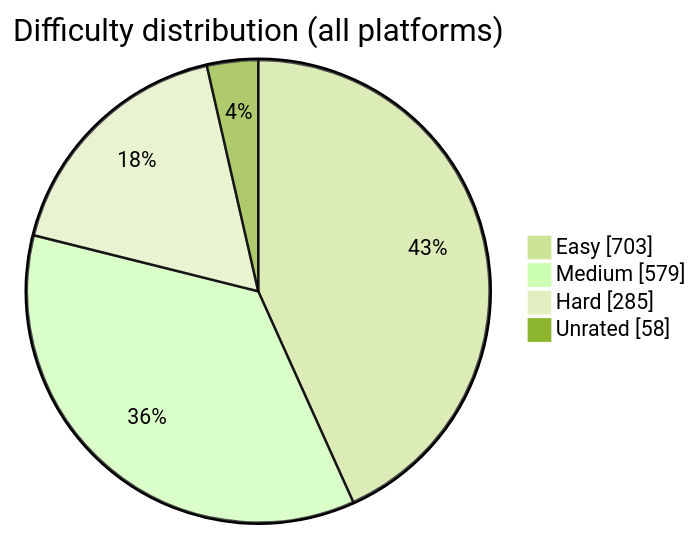
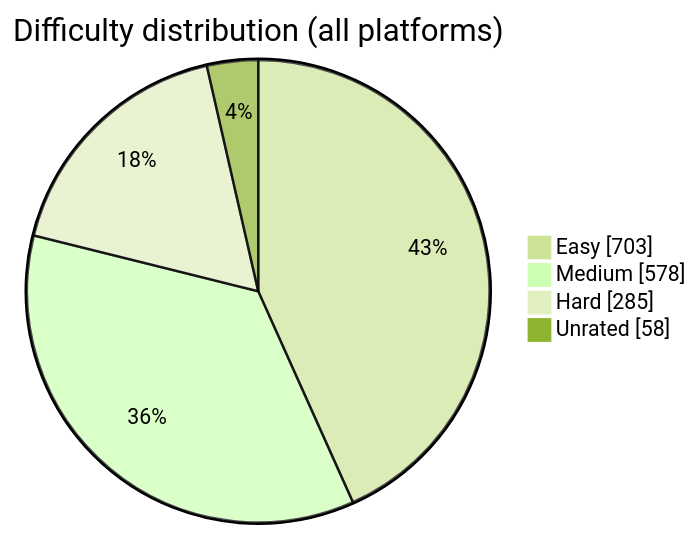
The diagram in README.md (BuildbyArindam/Daily-Coding-Log), drawn with Mermaid (forest theme) before and after one commit. The commit also changed other lines of this file, not shown here.

````diff
--- a/README.md
+++ b/README.md
@@ -93,7 +93,7 @@
 ```mermaid
 pie showData title Difficulty distribution (all platforms)
     "Easy" : 703
-    "Medium" : 579
+    "Medium" : 578
     "Hard" : 285
     "Unrated" : 58
 ```
````
